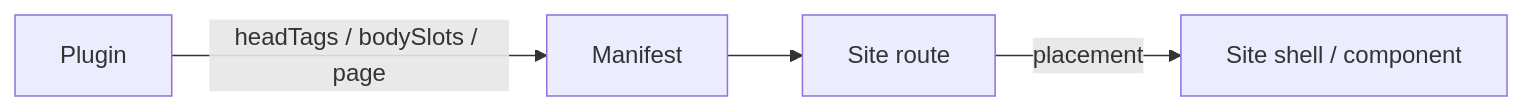
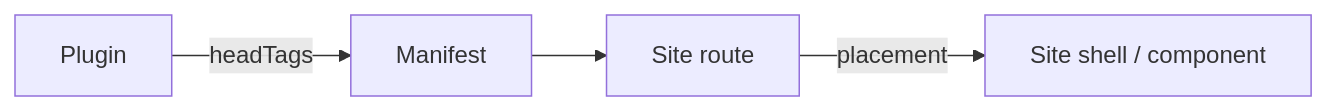
One commit to Rerurate514/riebeckite changed the second of 2 diagrams in docs/docs/framework/honox-integration/site.md. Above: the diagram before and after it, drawn with Mermaid. The commit also changed other lines of this file and 129 other files, not shown here.

````diff
--- a/docs/docs/framework/honox-integration/site.md
+++ b/docs/docs/framework/honox-integration/site.md
@@ -50,11 +48,11 @@
 ```mermaid
 flowchart LR
     A["Plugin"]
     B["Manifest"]
     C["Site route"]
     D["Site shell / component"]
 
-    A -->|"headTags / bodySlots / page"| B
+    A -->|"headTags"| B
     B --> C
     C -->|"placement"| D
 ```
````
